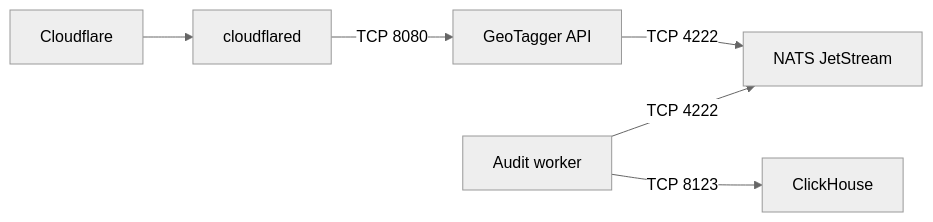
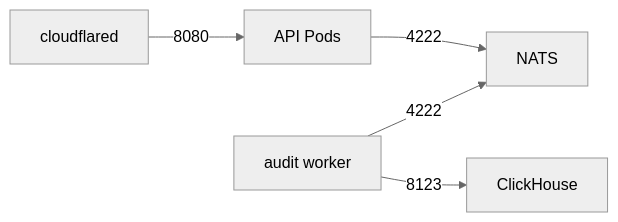
The seventh of 9 diagrams in docs/KUBERNETES.md (Jstarzz/geotagger), drawn with Mermaid (neutral theme) before and after one commit. The commit also changed other lines of this file, not shown here.

Commit message:
docs: update K3s guide for dual MMDB architecture

````diff
--- a/docs/KUBERNETES.md
+++ b/docs/KUBERNETES.md
@@ -277,8 +418,7 @@
 ```mermaid
 flowchart LR
-    EDGE["Cloudflare"] --> CFD["cloudflared"]
-    CFD -->|"TCP 8080"| API["GeoTagger API"]
-    API -->|"TCP 4222"| NATS["NATS JetStream"]
-    WORKER["Audit worker"] -->|"TCP 4222"| NATS
-    WORKER -->|"TCP 8123"| CH["ClickHouse"]
+    CFD["cloudflared"] -->|"8080"| API["API Pods"]
+    API -->|"4222"| NATS["NATS"]
+    WORKER["audit worker"] -->|"4222"| NATS
+    WORKER -->|"8123"| CH["ClickHouse"]
 ```
````
